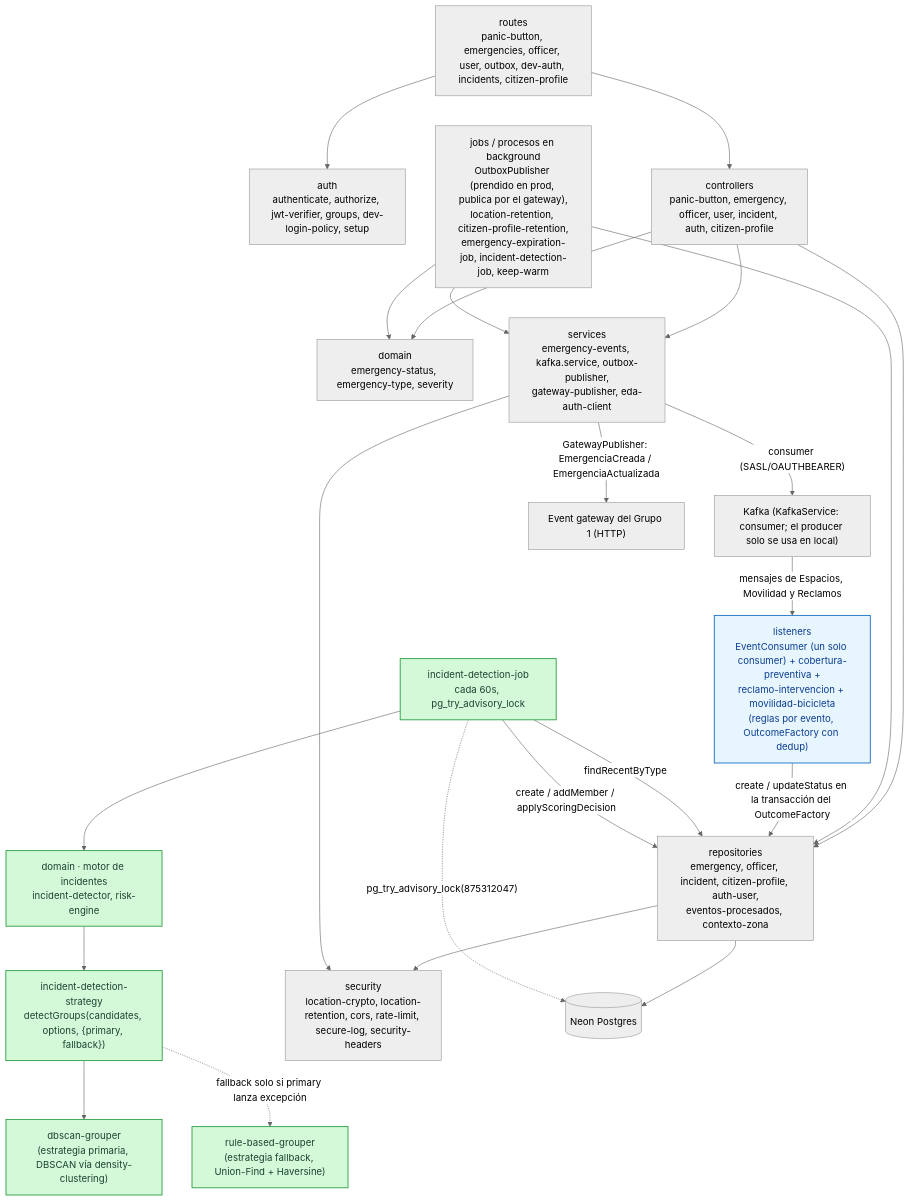
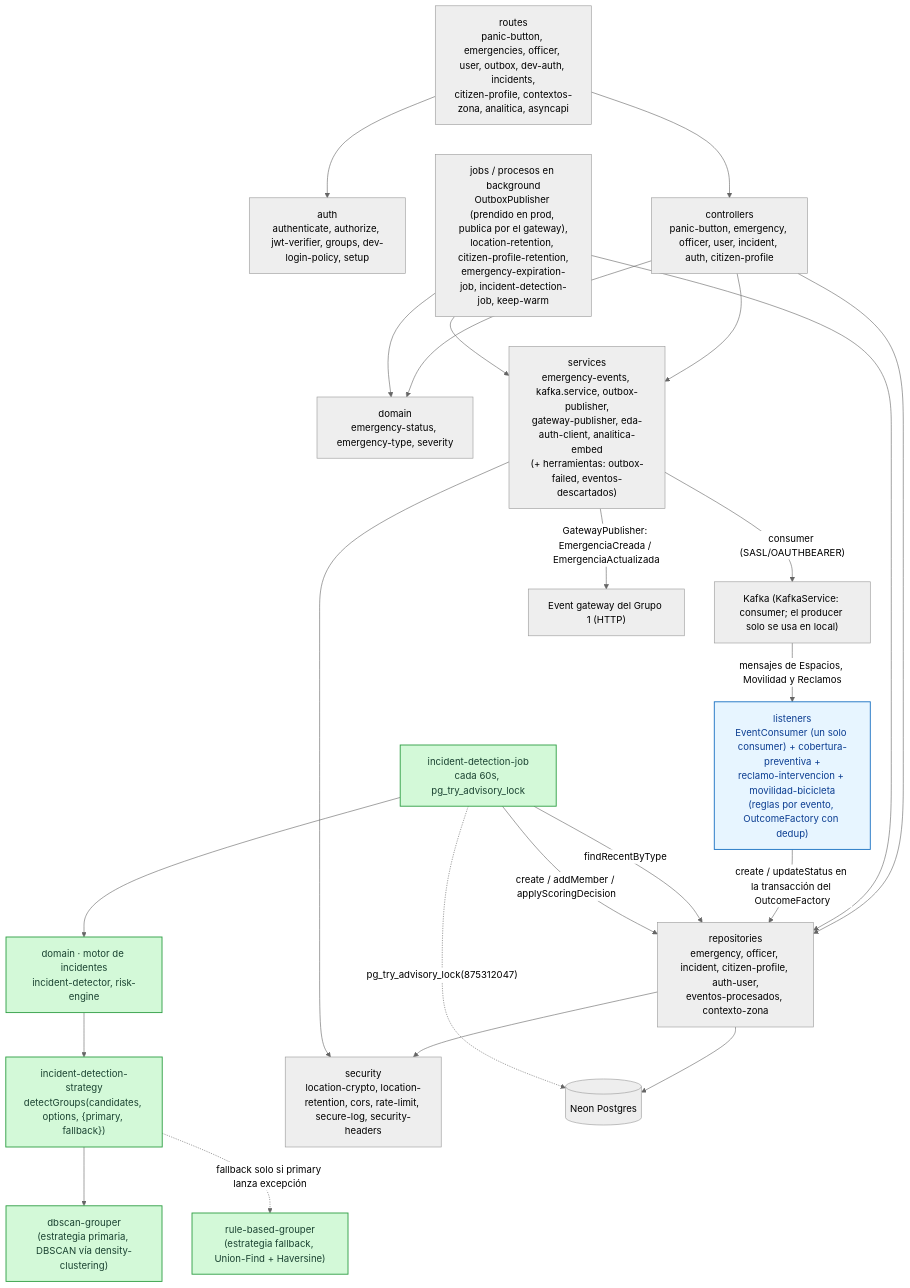
The second of 2 diagrams in docs/diagramas/03-arquitectura.md (G6D2/emergencias-backend), drawn with Mermaid (neutral theme) before and after one commit. The commit also changed other lines of this file and 1 other file, not shown here.

First line of the commit message:
docs(diagramas): alerta climática y tablero de Analítica en arquitectura y 4+1

````diff
--- a/docs/diagramas/03-arquitectura.md
+++ b/docs/diagramas/03-arquitectura.md
@@ -85,48 +87,48 @@
 ```mermaid
 flowchart TB
-    routes["routes<br/>panic-button, emergencies, officer, user, outbox, dev-auth, incidents, citizen-profile"]
+    routes["routes<br/>panic-button, emergencies, officer, user, outbox, dev-auth, incidents,<br/>citizen-profile, contextos-zona, analitica, asyncapi"]
     auth["auth<br/>authenticate, authorize, jwt-verifier, groups, dev-login-policy, setup"]
     controllers["controllers<br/>panic-button, emergency, officer, user, incident, auth, citizen-profile"]
     domain["domain<br/>emergency-status, emergency-type, severity"]
     incidentDomain["domain · motor de incidentes<br/>incident-detector, risk-engine"]:::incident
     strategy["incident-detection-strategy<br/>detectGroups(candidates, options, {primary, fallback})"]:::incident
     dbscanGrouper["dbscan-grouper<br/>(estrategia primaria, DBSCAN vía density-clustering)"]:::incident
     ruleGrouper["rule-based-grouper<br/>(estrategia fallback, Union-Find + Haversine)"]:::incident
     repositories["repositories<br/>emergency, officer, incident, citizen-profile, auth-user,<br/>eventos-procesados, contexto-zona"]
-    services["services<br/>emergency-events, kafka.service, outbox-publisher,<br/>gateway-publisher, eda-auth-client"]
+    services["services<br/>emergency-events, kafka.service, outbox-publisher,<br/>gateway-publisher, eda-auth-client, analitica-embed<br/>(+ herramientas: outbox-failed, eventos-descartados)"]
     listeners["listeners<br/>EventConsumer (un solo consumer) + cobertura-preventiva +<br/>reclamo-intervencion + movilidad-bicicleta<br/>(reglas por evento, OutcomeFactory con dedup)"]:::consumer
     detectionJob["incident-detection-job<br/>cada 60s, pg_try_advisory_lock"]:::incident
     security["security<br/>location-crypto, location-retention, cors, rate-limit, secure-log, security-headers"]
     jobs["jobs / procesos en background<br/>OutboxPublisher (prendido en prod, publica por el gateway),<br/>location-retention, citizen-profile-retention,<br/>emergency-expiration-job, incident-detection-job, keep-warm"]
     db[("Neon Postgres")]
     kafkaC["Kafka (KafkaService: consumer; el producer solo se usa en local)"]
     gatewayC["Event gateway del Grupo 1 (HTTP)"]
 
     routes --> auth
     routes --> controllers
     controllers --> domain
     controllers --> repositories
     controllers --> services
     repositories --> security
     repositories --> db
     services --> security
     jobs --> domain
     jobs --> repositories
     jobs --> services
     services -->|"consumer (SASL/OAUTHBEARER)"| kafkaC
     services -->|"GatewayPublisher: EmergenciaCreada / EmergenciaActualizada"| gatewayC
     kafkaC -->|"mensajes de Espacios, Movilidad y Reclamos"| listeners
     listeners -->|"create / updateStatus en la transacción del OutcomeFactory"| repositories
 
     detectionJob --> incidentDomain
     incidentDomain --> strategy
     strategy --> dbscanGrouper
     strategy -.->|"fallback solo si primary lanza excepción"| ruleGrouper
     detectionJob -->|"findRecentByType"| repositories
     detectionJob -->|"create / addMember / applyScoringDecision"| repositories
     detectionJob -.->|"pg_try_advisory_lock(875312047)"| db
 
     classDef planned fill:#f1f3f5,stroke:#adb5bd,color:#495057,stroke-width:1px,stroke-dasharray: 4 3;
     classDef incident fill:#d3f9d8,stroke:#2f9e44,color:#1b4332,stroke-width:1.5px;
     classDef consumer fill:#e7f5ff,stroke:#1971c2,color:#0b3d91,stroke-width:1.5px;
 ```
````
